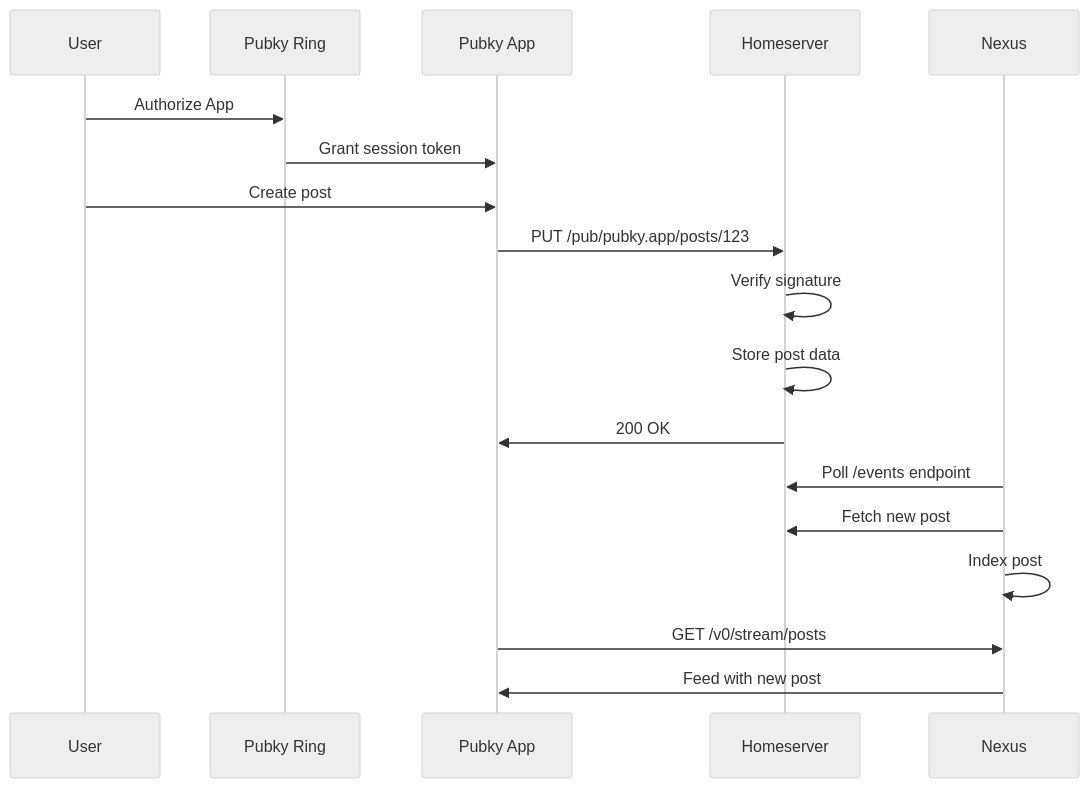
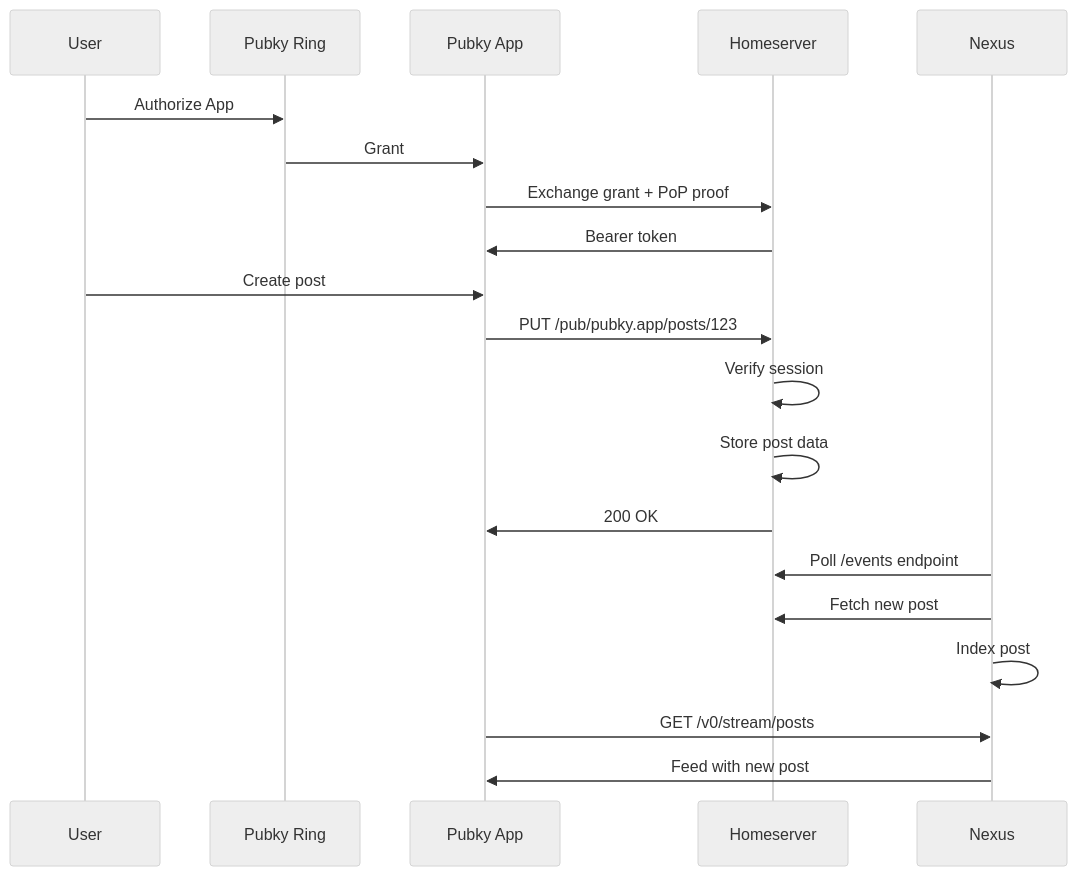
One commit to pubky/pubky-knowledge-base-v2 changed the seventh of 7 diagrams in src/content/docs/architecture.md. Above: the diagram before and after it, drawn with Mermaid (neutral theme). The commit also changed 14 other files, not shown here.

````diff
--- a/src/content/docs/architecture.md
+++ b/src/content/docs/architecture.md
@@ -190,21 +190,23 @@
 ```mermaid
 sequenceDiagram
     participant User
     participant Ring as Pubky Ring
     participant App as Pubky App
     participant HS as Homeserver
     participant Nexus
     
     User->>Ring: Authorize App
-    Ring->>App: Grant session token
+    Ring->>App: Grant
+    App->>HS: Exchange grant + PoP proof
+    HS->>App: Bearer token
     User->>App: Create post
     App->>HS: PUT /pub/pubky.app/posts/123
-    HS->>HS: Verify signature
+    HS->>HS: Verify session
     HS->>HS: Store post data
     HS->>App: 200 OK
     Nexus->>HS: Poll /events endpoint
     Nexus->>HS: Fetch new post
     Nexus->>Nexus: Index post
     App->>Nexus: GET /v0/stream/posts
     Nexus->>App: Feed with new post
 ```
````
